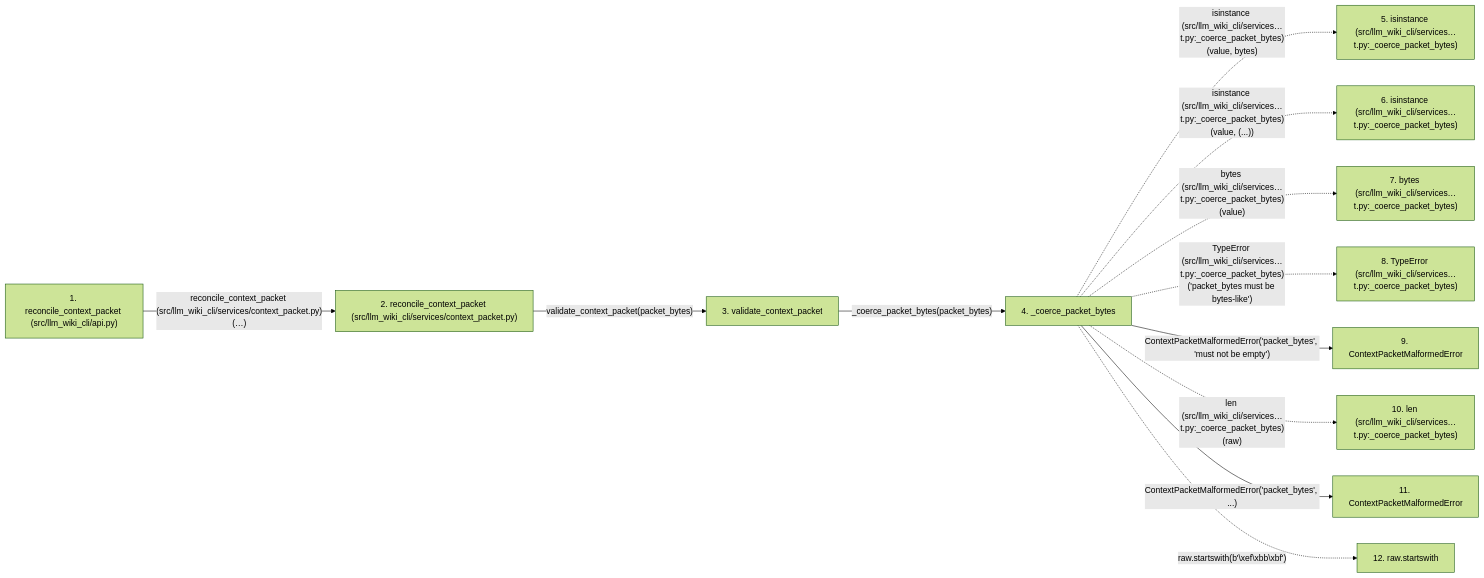
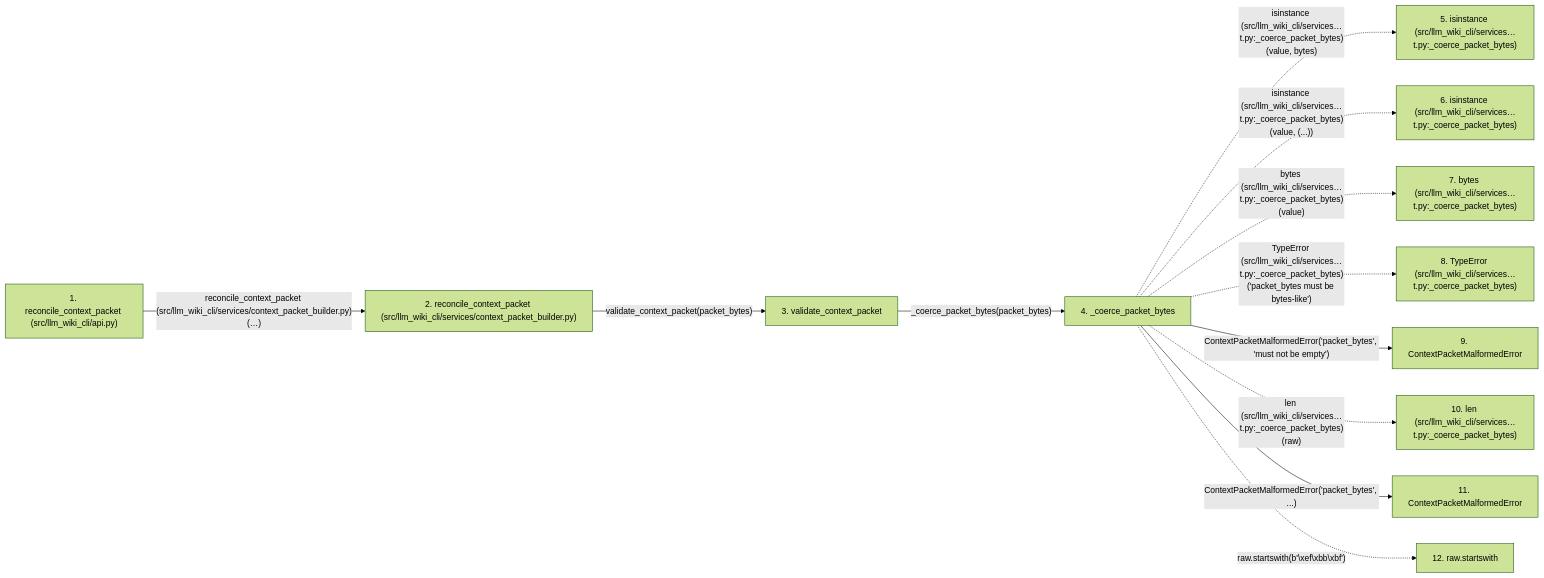
Before and after one commit to Denissvgn/python-wiki-llm: the second of 2 diagrams in docs/llm_wiki/flows/api-reconcile_context_packet-api.md, drawn with Mermaid (forest theme). The commit also changed other lines of this file and 1555 other files, not shown here.

````diff
--- a/docs/llm_wiki/flows/api-reconcile_context_packet-api.md
+++ b/docs/llm_wiki/flows/api-reconcile_context_packet-api.md
@@ -182,32 +188,32 @@
 ```mermaid
 flowchart LR
     s1["1. reconcile_context_packet (src/llm_wiki_cli/api.py)"]
-    s2["2. reconcile_context_packet (src/llm_wiki_cli/services/context_packet.py)"]
+    s2["2. reconcile_context_packet (src/llm_wiki_cli/services/context_packet_builder.py)"]
     s3["3. validate_context_packet"]
     s4["4. _coerce_packet_bytes"]
     s5["5. isinstance (src/llm_wiki_cli/services…t.py:_coerce_packet_bytes)"]
     s6["6. isinstance (src/llm_wiki_cli/services…t.py:_coerce_packet_bytes)"]
     s7["7. bytes (src/llm_wiki_cli/services…t.py:_coerce_packet_bytes)"]
     s8["8. TypeError (src/llm_wiki_cli/services…t.py:_coerce_packet_bytes)"]
     s9["9. ContextPacketMalformedError"]
     s10["10. len (src/llm_wiki_cli/services…t.py:_coerce_packet_bytes)"]
     s11["11. ContextPacketMalformedError"]
     s12["12. raw.startswith"]
-    s1 -->|"reconcile_context_packet (src/llm_wiki_cli/services/context_packet.py)(…)"| s2
+    s1 -->|"reconcile_context_packet (src/llm_wiki_cli/services/context_packet_builder.py)(…)"| s2
     s2 -->|"validate_context_packet(packet_bytes)"| s3
     s3 -->|"_coerce_packet_bytes(packet_bytes)"| s4
     s4 -. "isinstance (src/llm_wiki_cli/services…t.py:_coerce_packet_bytes)(value, bytes)" .-> s5
     s4 -. "isinstance (src/llm_wiki_cli/services…t.py:_coerce_packet_bytes)(value, (...))" .-> s6
     s4 -. "bytes (src/llm_wiki_cli/services…t.py:_coerce_packet_bytes)(value)" .-> s7
     s4 -. "TypeError (src/llm_wiki_cli/services…t.py:_coerce_packet_bytes)('packet_bytes must be bytes-like')" .-> s8
     s4 -->|"ContextPacketMalformedError('packet_bytes', 'must not be empty')"| s9
     s4 -. "len (src/llm_wiki_cli/services…t.py:_coerce_packet_bytes)(raw)" .-> s10
     s4 -->|"ContextPacketMalformedError('packet_bytes', ...)"| s11
     s4 -. "raw.startswith(b'\xef\xbb\xbf')" .-> s12
     click s1 "../modules/api.md"
-    click s2 "../modules/context_packet.md"
+    click s2 "../modules/context_packet_builder.md"
     click s3 "../modules/context_packet.md"
     click s4 "../modules/context_packet.md"
     click s9 "../modules/context_packet.md"
     click s11 "../modules/context_packet.md"
 ```
````
